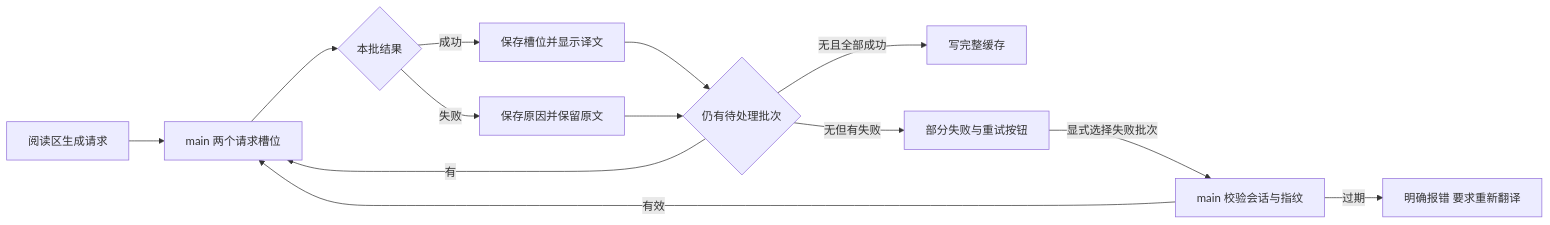
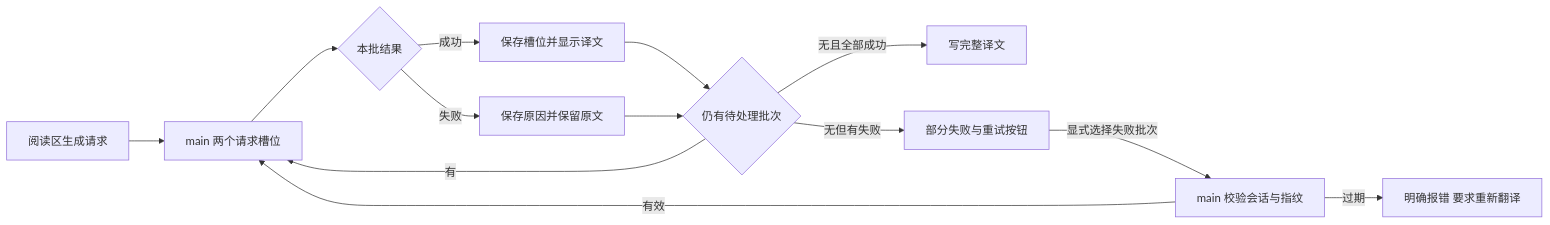
One commit to hugh-zhan9/Suhui changed the second of 2 diagrams in docs/loopx/design/2026-09-04-progressive-translation/设计提案.md. Above: the diagram before and after it, drawn with Mermaid. The commit also changed other lines of this file and 45 other files, not shown here.

````diff
--- a/docs/loopx/design/2026-09-04-progressive-translation/设计提案.md
+++ b/docs/loopx/design/2026-09-04-progressive-translation/设计提案.md
@@ -33,15 +77,15 @@
 ```mermaid
 flowchart LR
   A[阅读区生成请求] --> B[main 两个请求槽位]
   B --> C{本批结果}
   C -->|成功| D[保存槽位并显示译文]
   C -->|失败| E[保存原因并保留原文]
   D --> F{仍有待处理批次}
   E --> F
   F -->|有| B
-  F -->|无且全部成功| G[写完整缓存]
+  F -->|无且全部成功| G[写完整译文]
   F -->|无但有失败| H[部分失败与重试按钮]
   H -->|显式选择失败批次| I[main 校验会话与指纹]
   I -->|有效| B
   I -->|过期| J[明确报错 要求重新翻译]
 ```
````
